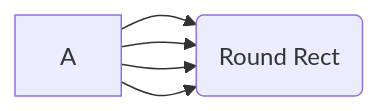
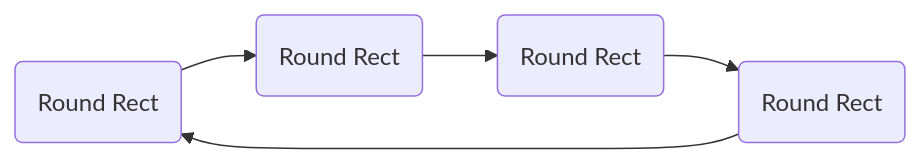
One commit to ForintFinance/Swappy changed the diagram in swappyCard/readme.md. Above: the diagram before and after it, drawn with Mermaid.

````diff
--- a/swappyCard/readme.md
+++ b/swappyCard/readme.md
@@ -16,7 +16,7 @@
 ```mermaid
 graph LR
-A --> C(Round Rect)
-A --> C(Round Rect)
-A --> C(Round Rect)
-A --> C(Round Rect)
+A --> B(Round Rect)
+B --> C(Round Rect)
+C --> D(Round Rect)
+D --> A(Round Rect)
 ```
````
